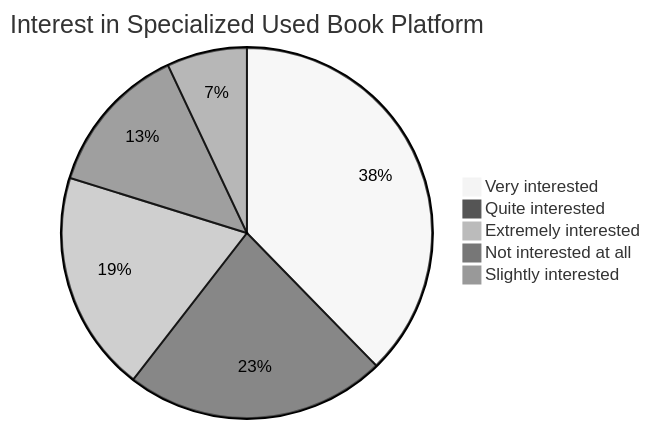
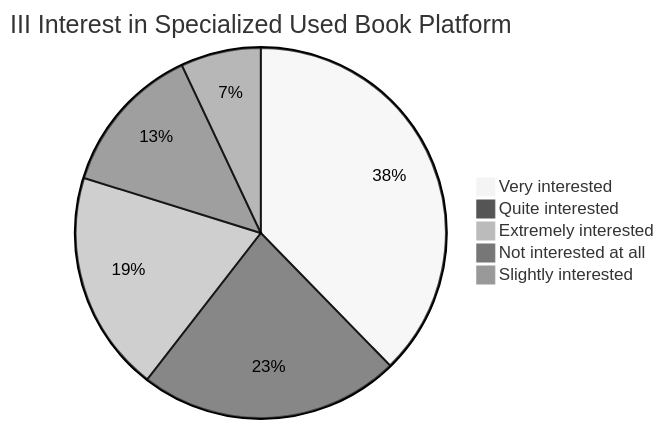
The fourth of 7 diagrams in surveys/analysis-report.md (5IA-Maserati/Bibliotech-Analysis), drawn with Mermaid (neutral theme) before and after one commit. The commit also changed other lines of this file, not shown here.

Commit message:
Bugfix analysis-report.md

````diff
--- a/surveys/analysis-report.md
+++ b/surveys/analysis-report.md
@@ -109,8 +109,8 @@
 ``` mermaid
-pie title Interest in Specialized Used Book Platform
+pie title III  Interest in Specialized Used Book Platform
     "Very interested" : 37.7
     "Quite interested" : 22.8
     "Extremely interested" : 19.3
     "Not interested at all" : 13.2
     "Slightly interested" : 7
 ```
````
